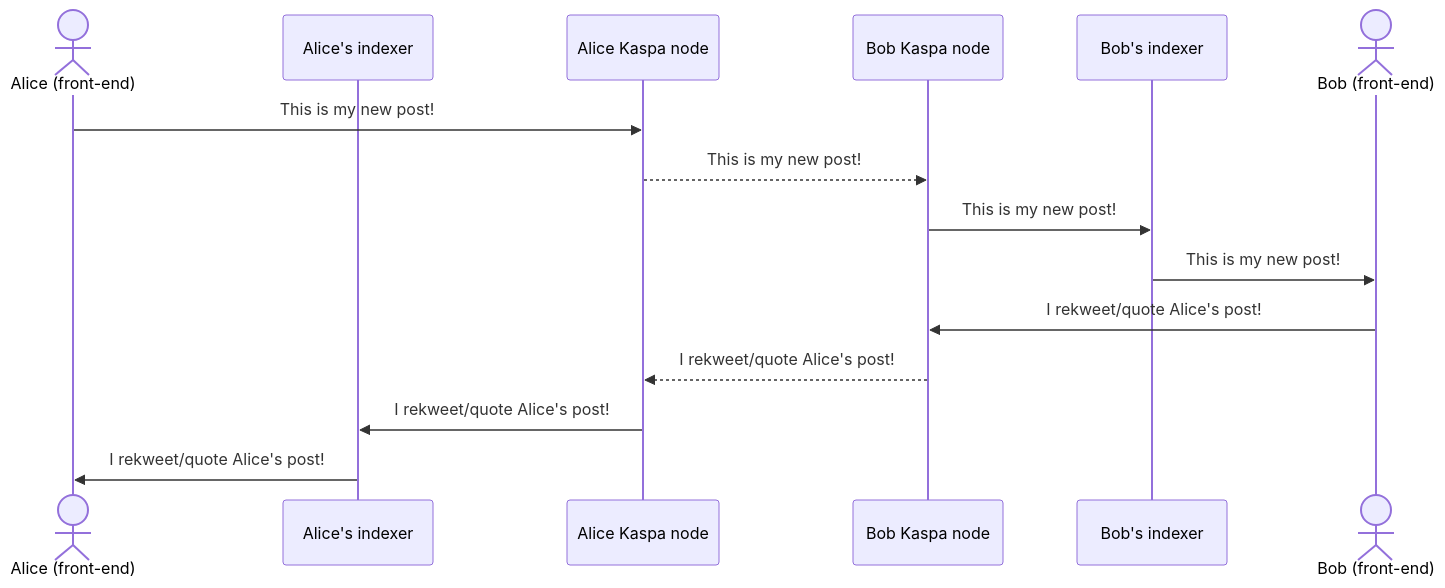
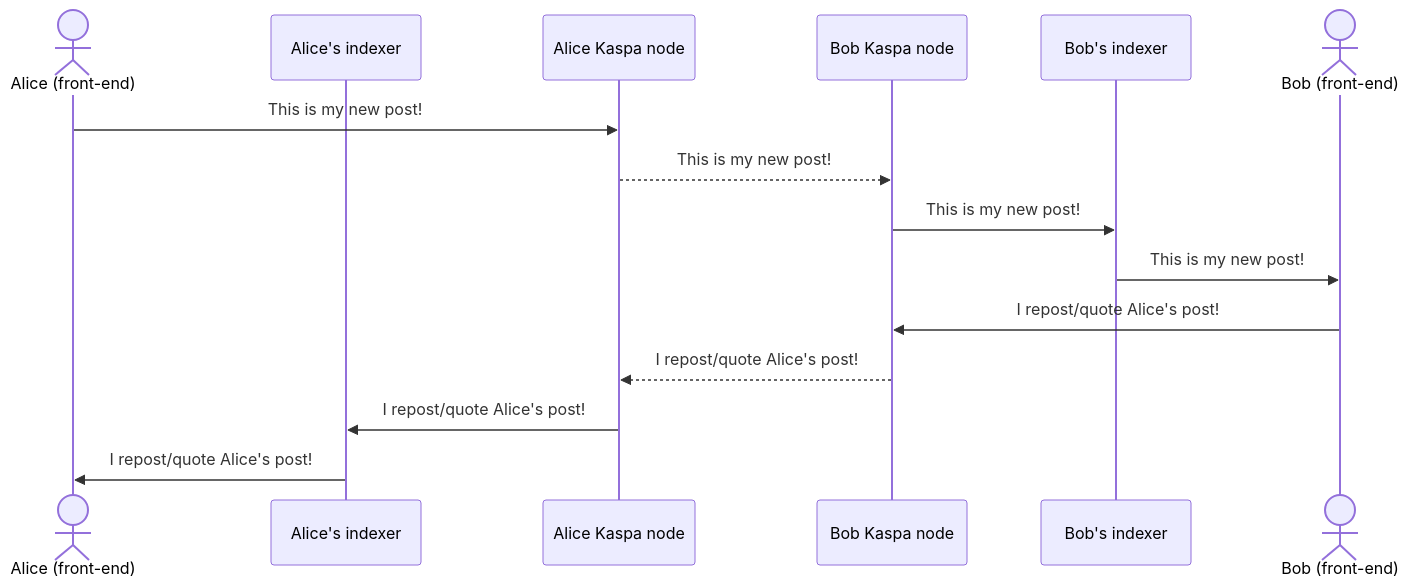
One commit to thesheepcat/kwitter changed the seventh of 9 diagrams in README.md. Above: the diagram before and after it, drawn with Mermaid. The commit also changed other lines of this file, not shown here.

````diff
--- a/README.md
+++ b/README.md
@@ -209,14 +209,14 @@
  ```mermaid
 sequenceDiagram
     actor A as Alice (front-end)
     participant Alice's indexer
     A->>Alice Kaspa node: This is my new post!
     Alice Kaspa node-->>Bob Kaspa node: This is my new post!
     Bob Kaspa node->>Bob's indexer: This is my new post!
     actor B as Bob (front-end)
     Bob's indexer->>B: This is my new post!
-    B->>Bob Kaspa node: I rekweet/quote Alice's post!
-    Bob Kaspa node-->>Alice Kaspa node: I rekweet/quote Alice's post!
-    Alice Kaspa node->>Alice's indexer: I rekweet/quote Alice's post!
-    Alice's indexer->>A: I rekweet/quote Alice's post!
+    B->>Bob Kaspa node: I repost/quote Alice's post!
+    Bob Kaspa node-->>Alice Kaspa node: I repost/quote Alice's post!
+    Alice Kaspa node->>Alice's indexer: I repost/quote Alice's post!
+    Alice's indexer->>A: I repost/quote Alice's post!
 ```
````
